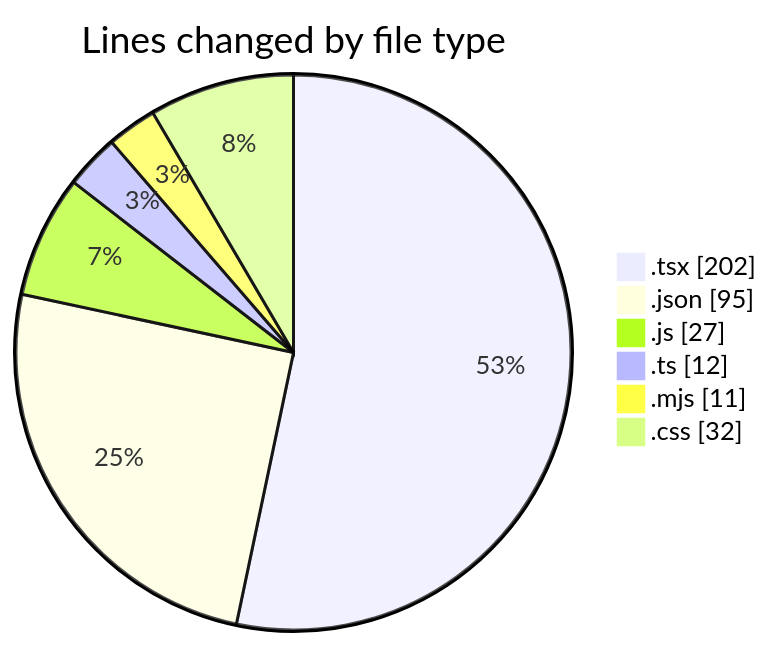
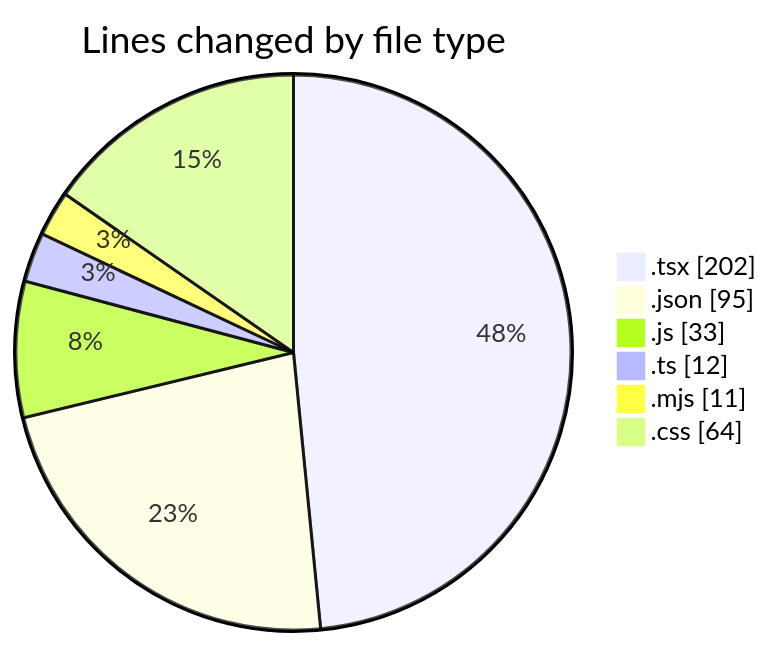
One commit to IJAZ3593/code-tracking changed the first of 2 diagrams in 2025-10-25/ai/README.md. Above: the diagram before and after it, drawn with Mermaid. The commit also changed other lines of this file and 1 other file, not shown here.

````diff
--- a/2025-10-25/ai/README.md
+++ b/2025-10-25/ai/README.md
@@ -27,10 +28,10 @@
 ```mermaid
 pie showData
 title Lines changed by file type
 ".tsx" : 202
 ".json" : 95
-".js" : 27
+".js" : 33
 ".ts" : 12
 ".mjs" : 11
-".css" : 32
+".css" : 64
 ```
````
